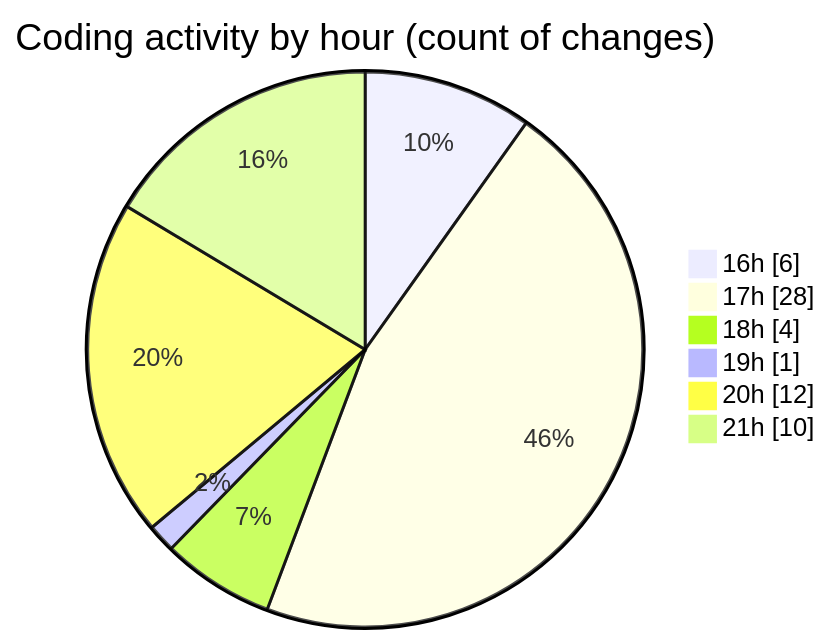
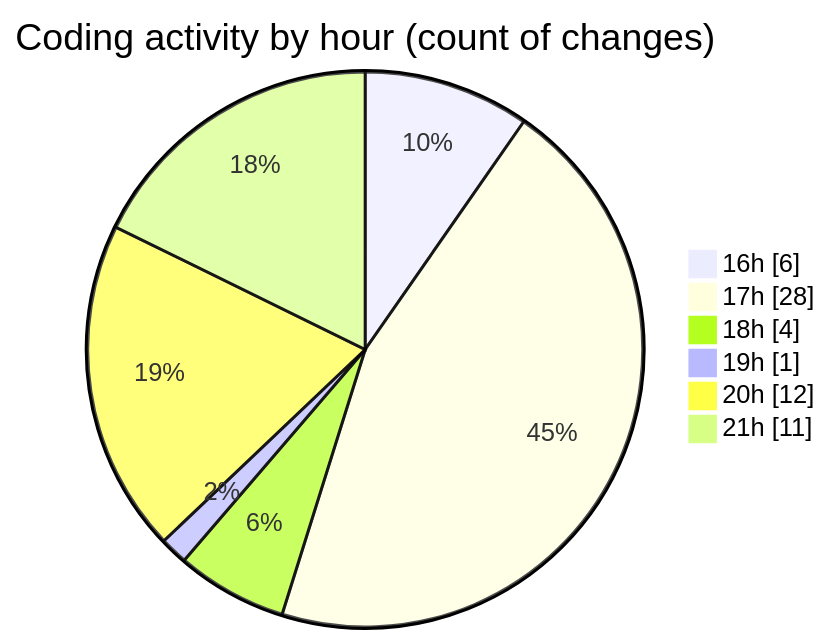
One commit to Ritupan-Deka/code-tracking changed the second of 2 diagrams in 2025-06-24/scopecraft/README.md. Above: the diagram before and after it, drawn with Mermaid. The commit also changed other lines of this file and 1 other file, not shown here.

````diff
--- a/2025-06-24/scopecraft/README.md
+++ b/2025-06-24/scopecraft/README.md
@@ -40,10 +42,10 @@
 ```mermaid
 pie showData
 title Coding activity by hour (count of changes)
 "16h" : 6
 "17h" : 28
 "18h" : 4
 "19h" : 1
 "20h" : 12
-"21h" : 10
+"21h" : 11
 ```
````
